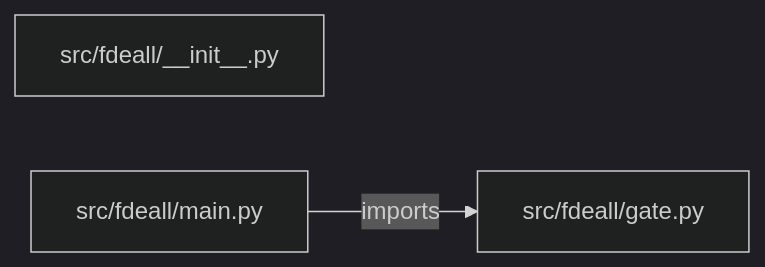
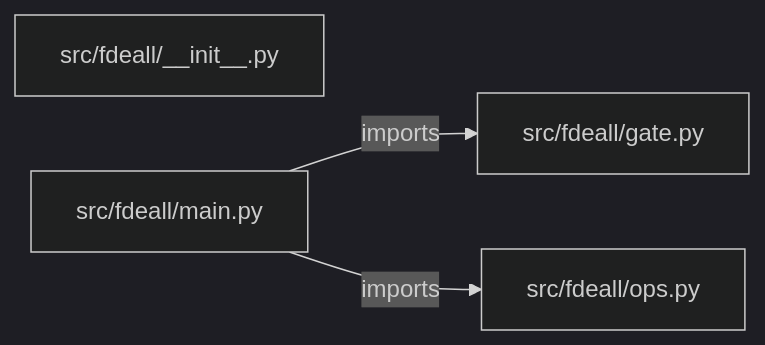
Before and after one commit to iarsingh/end-to-end-fde-customer-solution-platform: the diagram in PROJECT_ARCHITECTURE.md, drawn with Mermaid (dark theme). The commit also changed other lines of this file and 2 other files, not shown here.

Commit message:
Refresh architecture and interview guides from current implementation

````diff
--- a/PROJECT_ARCHITECTURE.md
+++ b/PROJECT_ARCHITECTURE.md
@@ -13,7 +13,9 @@
 ```mermaid
 flowchart LR
     M0["src/fdeall/__init__.py"]
     M1["src/fdeall/gate.py"]
     M2["src/fdeall/main.py"]
+    M3["src/fdeall/ops.py"]
     M2 -->|imports| M1
+    M2 -->|imports| M3
 ```
````
